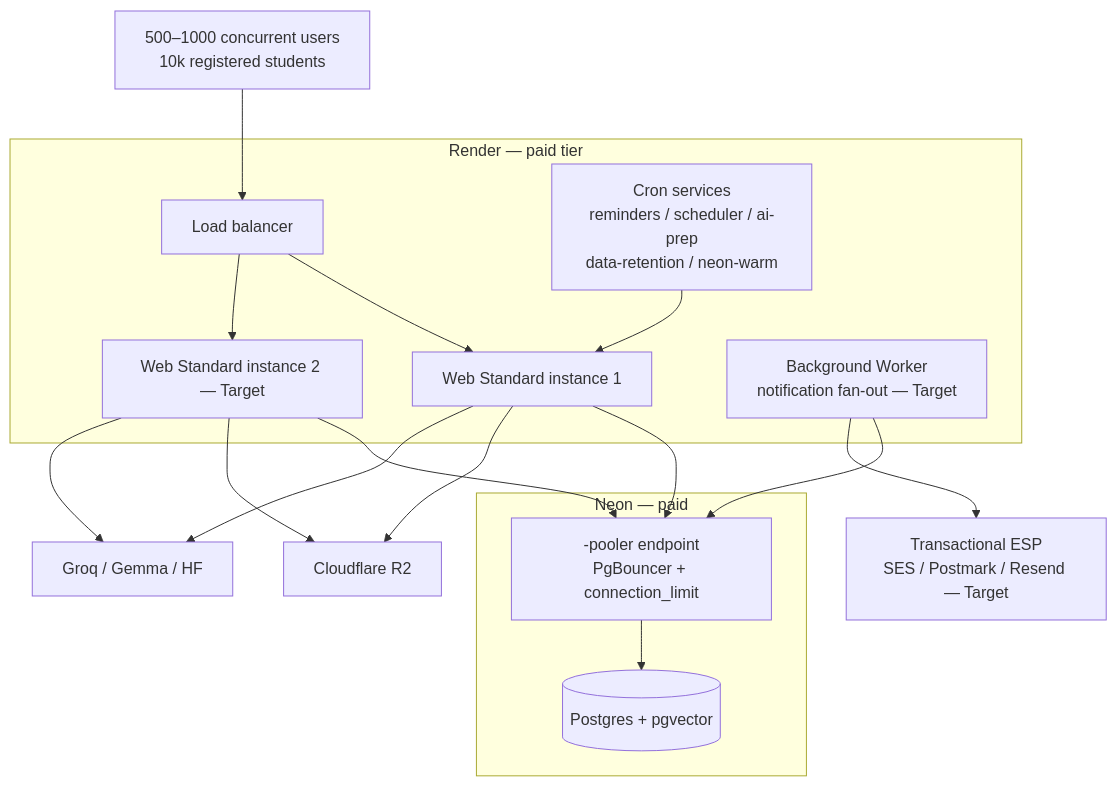
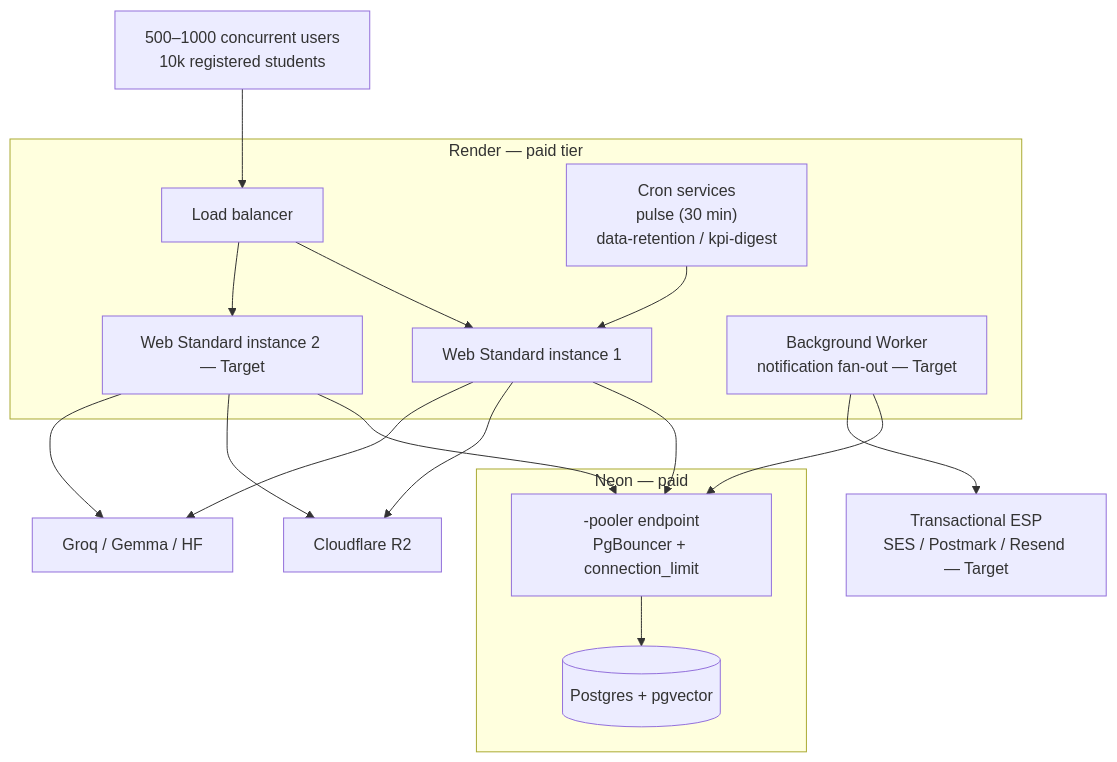
The seventh of 7 diagrams in docs/ARCHITECTURE.md (Hadiyaqoobi/AlphaSeekers), drawn with Mermaid before and after one commit. The commit also changed other lines of this file and 7 other files, not shown here.

````diff
--- a/docs/ARCHITECTURE.md
+++ b/docs/ARCHITECTURE.md
@@ -588,31 +588,31 @@
 ```mermaid
 flowchart TB
     users["500–1000 concurrent users<br/>10k registered students"]
 
     subgraph render["Render — paid tier"]
         lb["Load balancer"]
         web1["Web Standard instance 1"]
         web2["Web Standard instance 2 — Target"]
         worker["Background Worker<br/>notification fan-out — Target"]
-        crons["Cron services<br/>reminders / scheduler / ai-prep<br/>data-retention / neon-warm"]
+        crons["Cron services<br/>pulse (30 min)<br/>data-retention / kpi-digest"]
     end
 
     subgraph neon["Neon — paid"]
         pooler["-pooler endpoint<br/>PgBouncer + connection_limit"]
         pg[("Postgres + pgvector")]
     end
 
     esp["Transactional ESP<br/>SES / Postmark / Resend — Target"]
     r2["Cloudflare R2"]
     ai["Groq / Gemma / HF"]
 
     users --> lb
     lb --> web1 & web2
     web1 & web2 --> pooler
     worker --> pooler
     crons --> web1
     pooler --> pg
     worker --> esp
     web1 & web2 --> r2
     web1 & web2 --> ai
 ```
````
